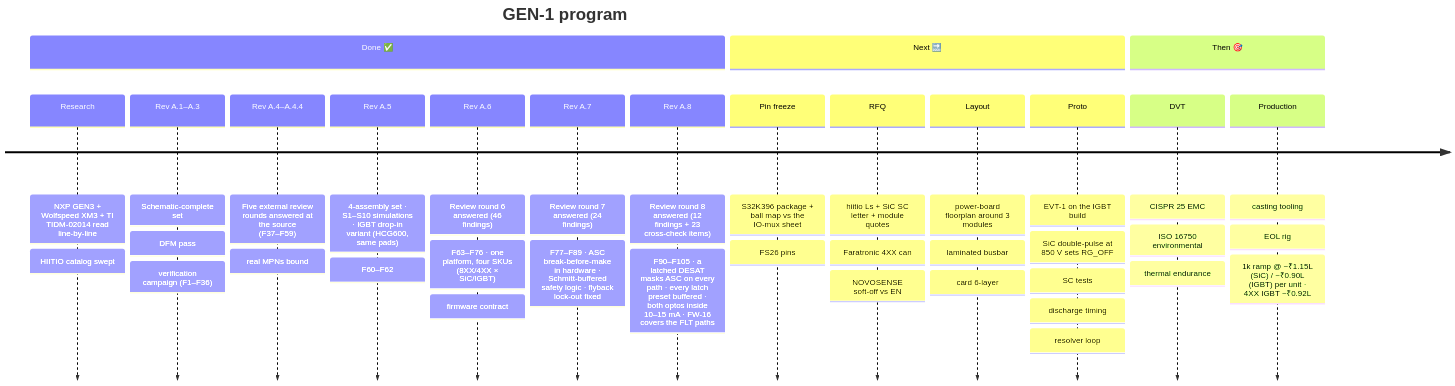
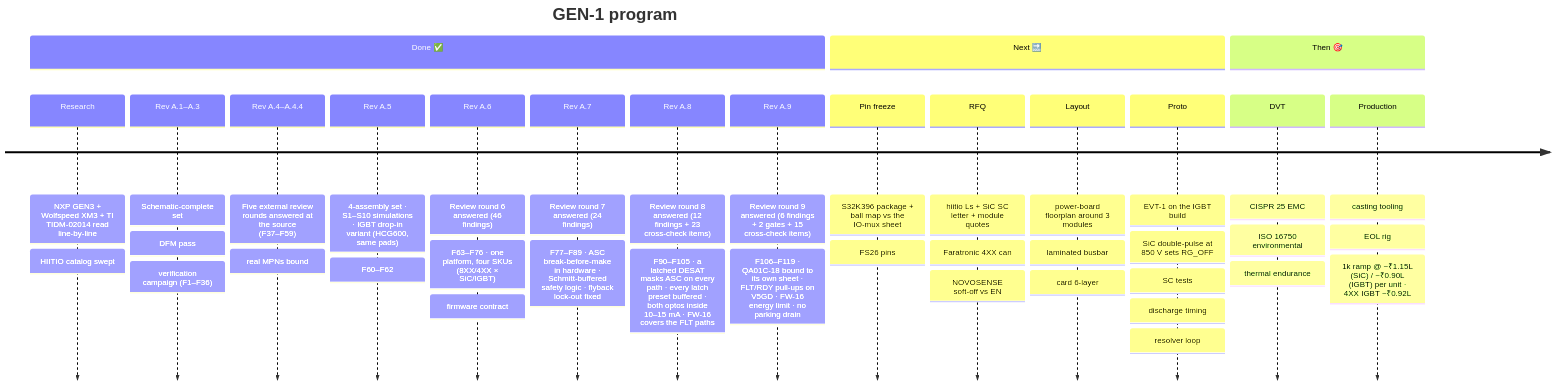
The ninth of 9 diagrams in README.md (vectivolt/Traction-Inverter-GEN-1), drawn with Mermaid before and after one commit. The commit also changed other lines of this file and 50 other files, not shown here.

First line of the commit message:
Rev A.9: review round 9 response (A8-01..03, A8-N01..N03) + cross-check

````diff
--- a/README.md
+++ b/README.md
@@ -619,20 +622,21 @@
 ```mermaid
 timeline
     title GEN-1 program
     section Done ✅
         Research : NXP GEN3 + Wolfspeed XM3 + TI TIDM-02014 read line-by-line : HIITIO catalog swept
         Rev A.1–A.3 : Schematic-complete set : DFM pass : verification campaign (F1–F36)
         Rev A.4–A.4.4 : Five external review rounds answered at the source (F37–F59) : real MPNs bound
         Rev A.5 : 4-assembly set · S1–S10 simulations · IGBT drop-in variant (HCG600, same pads) : F60–F62
         Rev A.6 : Review round 6 answered (46 findings) : F63–F76 · one platform, four SKUs (8XX/4XX × SiC/IGBT) : firmware contract
         Rev A.7 : Review round 7 answered (24 findings) : F77–F89 · ASC break-before-make in hardware · Schmitt-buffered safety logic · flyback lock-out fixed
         Rev A.8 : Review round 8 answered (12 findings + 23 cross-check items) : F90–F105 · a latched DESAT masks ASC on every path · every latch preset buffered · both optos inside 10–15 mA · FW-16 covers the FLT paths
+        Rev A.9 : Review round 9 answered (6 findings + 2 gates + 15 cross-check items) : F106–F119 · QA01C-18 bound to its own sheet · FLT/RDY pull-ups on V5GD · FW-16 energy limit · no parking drain
     section Next 🔜
         Pin freeze : S32K396 package + ball map vs the IO-mux sheet : FS26 pins
         RFQ : hiitio Ls + SiC SC letter + module quotes : Faratronic 4XX can : NOVOSENSE soft-off vs EN
         Layout : power-board floorplan around 3 modules : laminated busbar : card 6-layer
         Proto : EVT-1 on the IGBT build : SiC double-pulse at 850 V sets RG_OFF : SC tests : discharge timing : resolver loop
     section Then 🎯
         DVT : CISPR 25 EMC : ISO 16750 environmental : thermal endurance
         Production : casting tooling : EOL rig : 1k ramp @ ~₹1.15L (SiC) / ~₹0.90L (IGBT) per unit · 4XX IGBT ~₹0.92L
 ```
````
